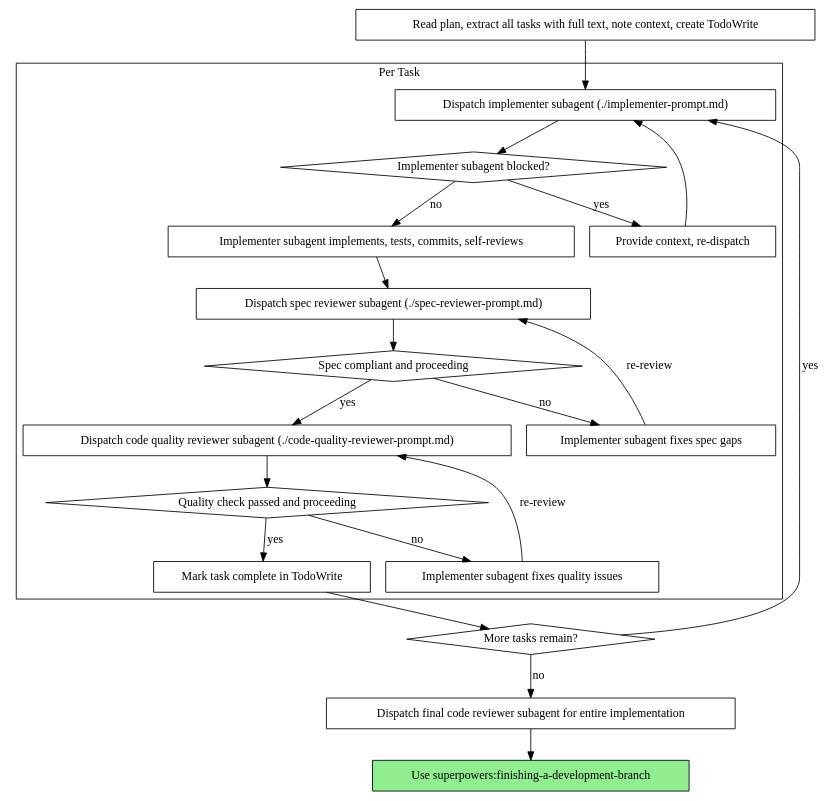
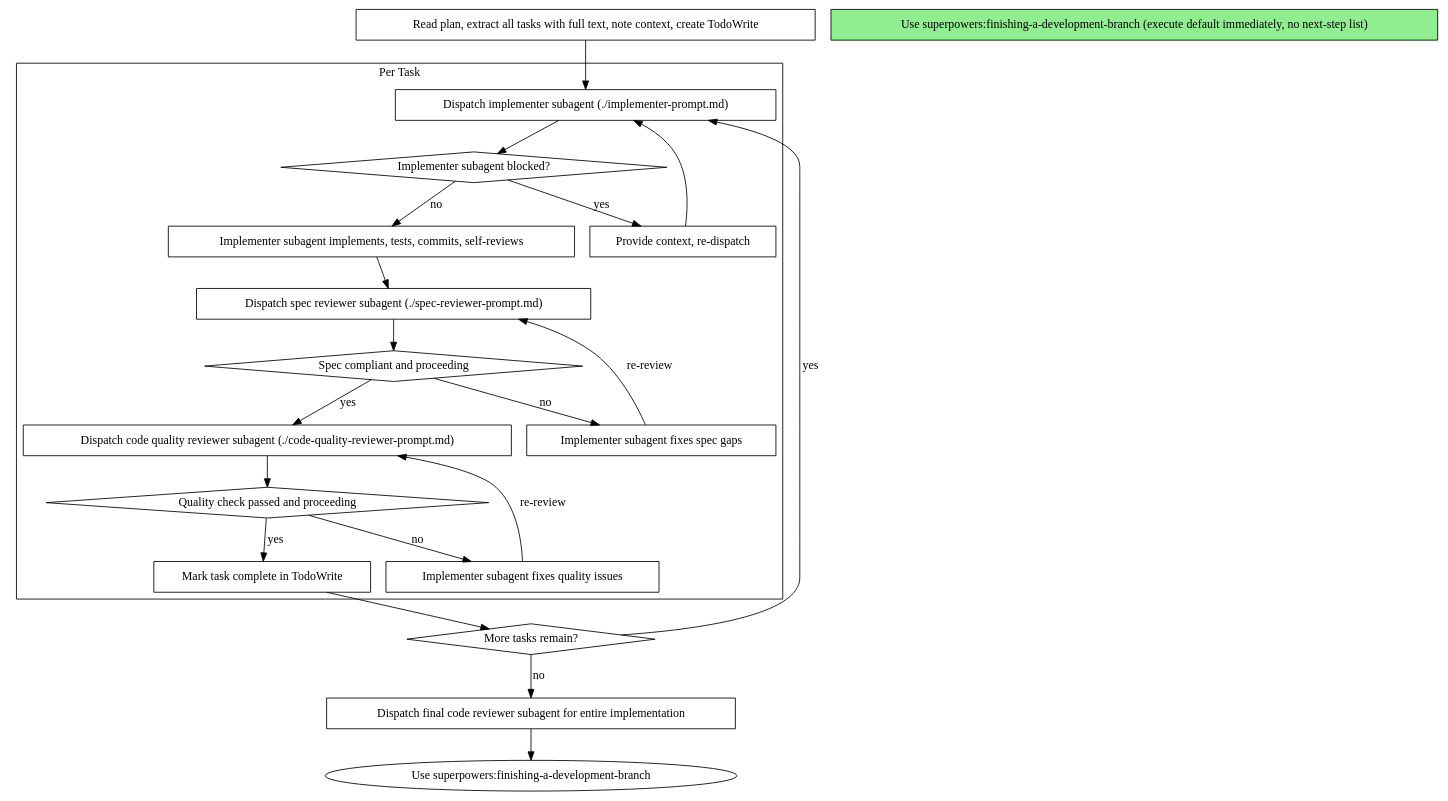
One commit to ShakaRover/superpowers changed the second of 2 diagrams in skills/subagent-driven-development/SKILL.md. Above: the diagram before and after it, drawn with Graphviz. The commit also changed 3 other files, not shown here.

Commit message:
Remove next-step recommendation gates

````diff
--- a/skills/subagent-driven-development/SKILL.md
+++ b/skills/subagent-driven-development/SKILL.md
@@ -78,44 +78,44 @@
 ```dot
 digraph process {
     rankdir=TB;
 
     subgraph cluster_per_task {
         label="Per Task";
         "Dispatch implementer subagent (./implementer-prompt.md)" [shape=box];
         "Implementer subagent blocked?" [shape=diamond];
         "Provide context, re-dispatch" [shape=box];
         "Implementer subagent implements, tests, commits, self-reviews" [shape=box];
         "Dispatch spec reviewer subagent (./spec-reviewer-prompt.md)" [shape=box];
         "Spec compliant and proceeding" [shape=diamond];
         "Implementer subagent fixes spec gaps" [shape=box];
         "Dispatch code quality reviewer subagent (./code-quality-reviewer-prompt.md)" [shape=box];
         "Quality check passed and proceeding" [shape=diamond];
         "Implementer subagent fixes quality issues" [shape=box];
         "Mark task complete in TodoWrite" [shape=box];
     }
 
     "Read plan, extract all tasks with full text, note context, create TodoWrite" [shape=box];
     "More tasks remain?" [shape=diamond];
     "Dispatch final code reviewer subagent for entire implementation" [shape=box];
-    "Use superpowers:finishing-a-development-branch" [shape=box style=filled fillcolor=lightgreen];
+    "Use superpowers:finishing-a-development-branch (execute default immediately, no next-step list)" [shape=box style=filled fillcolor=lightgreen];
 
     "Read plan, extract all tasks with full text, note context, create TodoWrite" -> "Dispatch implementer subagent (./implementer-prompt.md)";
     "Dispatch implementer subagent (./implementer-prompt.md)" -> "Implementer subagent blocked?";
     "Implementer subagent blocked?" -> "Provide context, re-dispatch" [label="yes"];
     "Provide context, re-dispatch" -> "Dispatch implementer subagent (./implementer-prompt.md)";
     "Implementer subagent blocked?" -> "Implementer subagent implements, tests, commits, self-reviews" [label="no"];
     "Implementer subagent implements, tests, commits, self-reviews" -> "Dispatch spec reviewer subagent (./spec-reviewer-prompt.md)";
     "Dispatch spec reviewer subagent (./spec-reviewer-prompt.md)" -> "Spec compliant and proceeding";
     "Spec compliant and proceeding" -> "Implementer subagent fixes spec gaps" [label="no"];
     "Implementer subagent fixes spec gaps" -> "Dispatch spec reviewer subagent (./spec-reviewer-prompt.md)" [label="re-review"];
     "Spec compliant and proceeding" -> "Dispatch code quality reviewer subagent (./code-quality-reviewer-prompt.md)" [label="yes"];
     "Dispatch code quality reviewer subagent (./code-quality-reviewer-prompt.md)" -> "Quality check passed and proceeding";
     "Quality check passed and proceeding" -> "Implementer subagent fixes quality issues" [label="no"];
     "Implementer subagent fixes quality issues" -> "Dispatch code quality reviewer subagent (./code-quality-reviewer-prompt.md)" [label="re-review"];
     "Quality check passed and proceeding" -> "Mark task complete in TodoWrite" [label="yes"];
     "Mark task complete in TodoWrite" -> "More tasks remain?";
     "More tasks remain?" -> "Dispatch implementer subagent (./implementer-prompt.md)" [label="yes"];
     "More tasks remain?" -> "Dispatch final code reviewer subagent for entire implementation" [label="no"];
     "Dispatch final code reviewer subagent for entire implementation" -> "Use superpowers:finishing-a-development-branch";
 }
 ```
````
